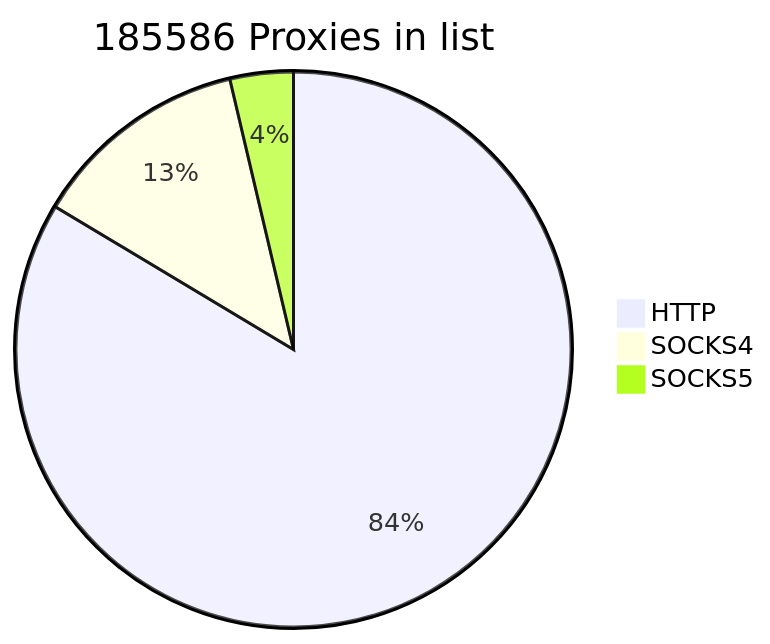
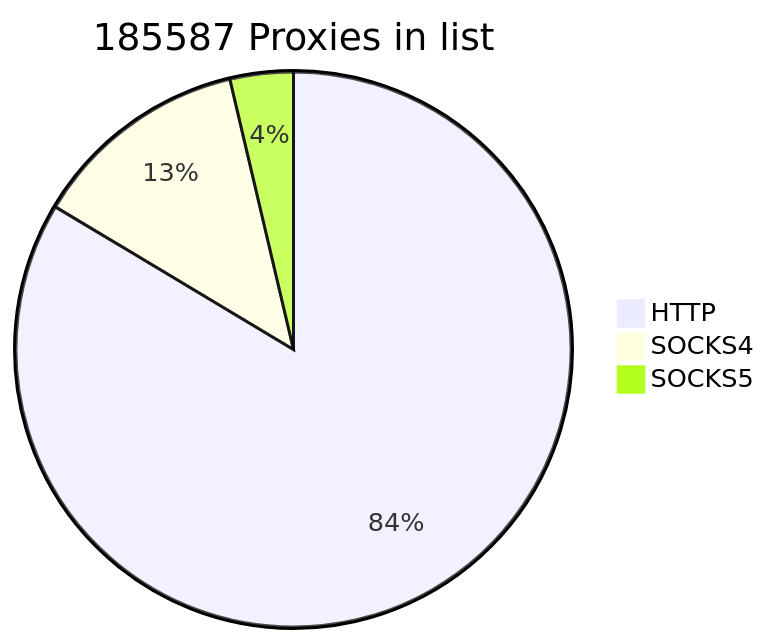
Before and after one commit to cutipu/proxylist: the first of 2 diagrams in README.md, drawn with Mermaid. The commit also changed other lines of this file, not shown here.

````diff
--- a/README.md
+++ b/README.md
@@ -2,7 +2,7 @@
 ```mermaid
-pie title 185586 Proxies in list
+pie title 185587 Proxies in list
     "HTTP" : 155136
-    "SOCKS4" : 23620
+    "SOCKS4" : 23621
     "SOCKS5" : 6830
             
 ```
````
